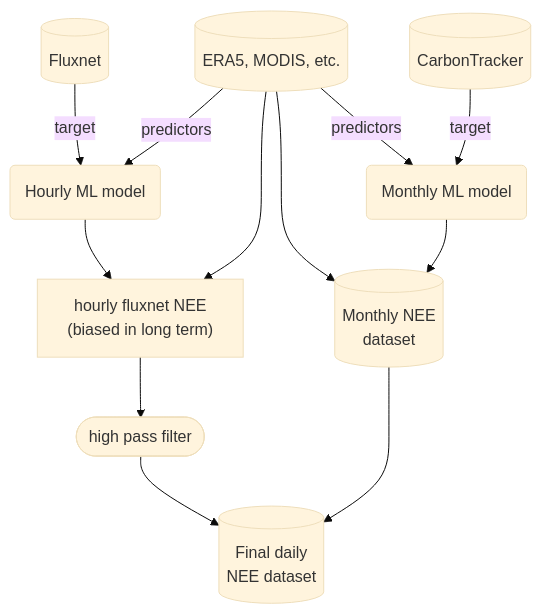
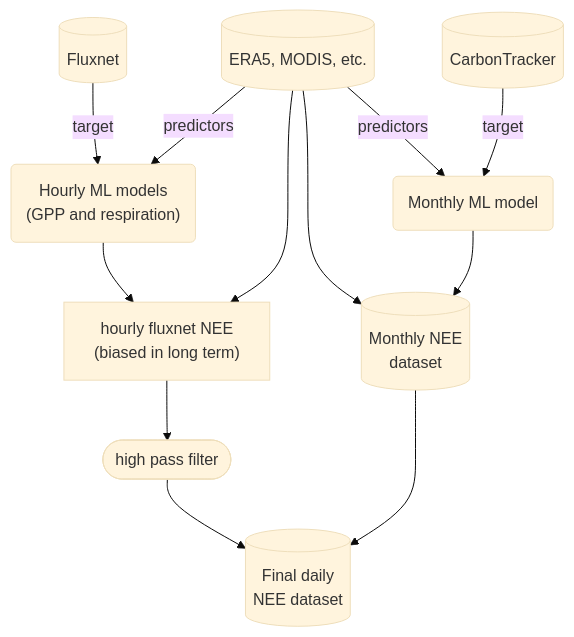
Before and after one commit to EXCITED-CO2/excited-workflow: the diagram in README.md, drawn with Mermaid (base theme). The commit also changed other lines of this file, not shown here.

Commit message:
Align readme with changes in the fluxnet workflow

````diff
--- a/README.md
+++ b/README.md
@@ -5,24 +5,23 @@
 ```mermaid
 graph TD;
     monthlymodel(Monthly ML model);
     input[(ERA5, MODIS, etc.)];
     fluxnet[(Fluxnet)];
     carbontracker[(CarbonTracker)];
-    hourlymodel(Hourly model);
     dailydataset["hourly fluxnet NEE\n(biased in long term)"];
-    hourlymodel(Hourly ML model);
+    hourlymodel("Hourly ML models\n(GPP and respiration)");
     monthlydataset[(Monthly NEE\ndataset)];
     finaldataset[(Final daily\nNEE dataset)];
 
     fluxnet-->|target| hourlymodel;
     input-->|predictors| hourlymodel;
     input-->|predictors| monthlymodel;
     carbontracker-->|target| monthlymodel;
     hourlymodel-->dailydataset;
     input-->monthlydataset;
     monthlymodel-->monthlydataset;
     dailydataset-->hpf([high pass filter]);
     hpf-->finaldataset;
     monthlydataset-->finaldataset;
     input-->dailydataset;
 ```
````
